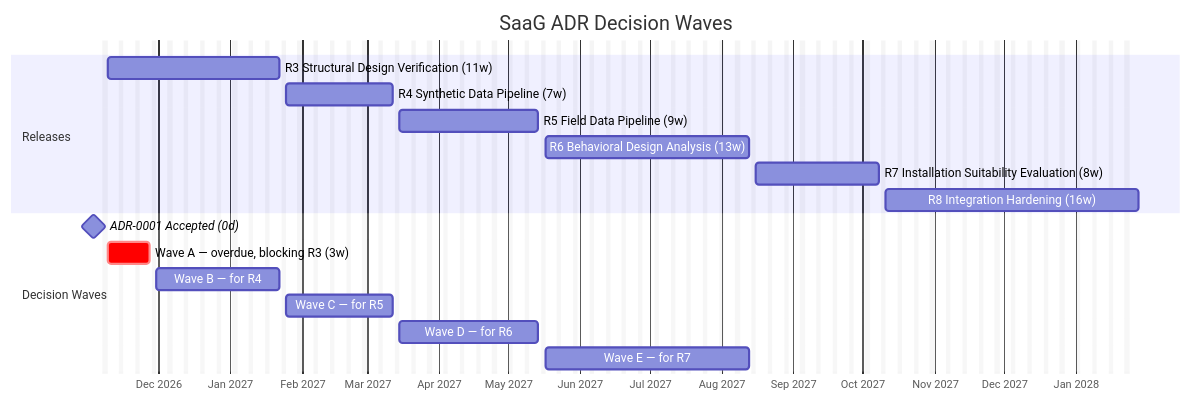
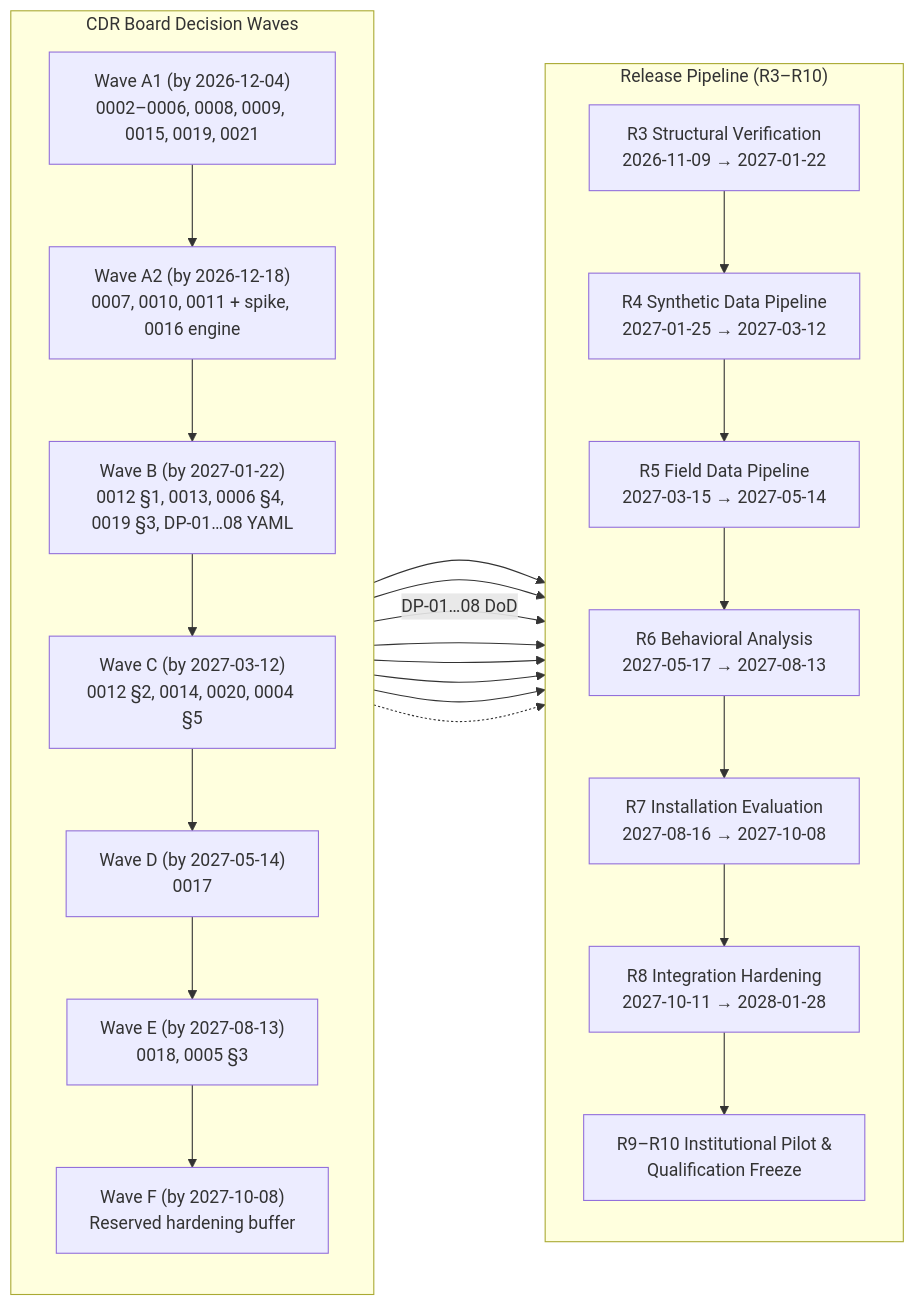
One commit to onuralpyigit/system-as-a-graph changed the diagram in docs/design/ADR-ROADMAP.md. Above: the diagram before and after it, drawn with Mermaid. The commit also changed other lines of this file and 23 other files, not shown here.

````diff
--- a/docs/design/ADR-ROADMAP.md
+++ b/docs/design/ADR-ROADMAP.md
@@ -121,24 +128,35 @@
 ```mermaid
-%%{init: { 'themeVariables': { 'excludeBkgColor': 'rgba(128,128,128,0.08)' } } }%%
-gantt
-    title SaaG ADR Decision Waves
-    dateFormat YYYY-MM-DD
-    axisFormat %b %Y
-    excludes weekends
+flowchart LR
+    subgraph Waves["CDR Board Decision Waves"]
+        direction TB
+        WA1["Wave A1 (by 2026-12-04)<br/>0002–0006, 0008, 0009, 0015, 0019, 0021"]
+        WA2["Wave A2 (by 2026-12-18)<br/>0007, 0010, 0011 + spike, 0016 engine"]
+        WB["Wave B (by 2027-01-22)<br/>0012 §1, 0013, 0006 §4, 0019 §3, DP-01…08 YAML"]
+        WC["Wave C (by 2027-03-12)<br/>0012 §2, 0014, 0020, 0004 §5"]
+        WD["Wave D (by 2027-05-14)<br/>0017"]
+        WE["Wave E (by 2027-08-13)<br/>0018, 0005 §3"]
+        WF["Wave F (by 2027-10-08)<br/>Reserved hardening buffer"]
+        WA1 --> WA2 --> WB --> WC --> WD --> WE --> WF
+    end
 
-    section Releases
-    R3 Structural Design Verification (11w)   :r3, 2026-11-09, 2027-01-22
-    R4 Synthetic Data Pipeline (7w)            :r4, 2027-01-25, 2027-03-12
-    R5 Field Data Pipeline (9w)                :r5, 2027-03-15, 2027-05-14
-    R6 Behavioral Design Analysis (13w)        :r6, 2027-05-17, 2027-08-13
-    R7 Installation Suitability Evaluation (8w) :r7, 2027-08-16, 2027-10-08
-    R8 Integration Hardening (16w)             :r8, 2027-10-11, 2028-01-28
+    subgraph Releases["Release Pipeline (R3–R10)"]
+        direction TB
+        R3["R3 Structural Verification<br/>2026-11-09 → 2027-01-22"]
+        R4["R4 Synthetic Data Pipeline<br/>2027-01-25 → 2027-03-12"]
+        R5["R5 Field Data Pipeline<br/>2027-03-15 → 2027-05-14"]
+        R6["R6 Behavioral Analysis<br/>2027-05-17 → 2027-08-13"]
+        R7["R7 Installation Evaluation<br/>2027-08-16 → 2027-10-08"]
+        R8["R8 Integration Hardening<br/>2027-10-11 → 2028-01-28"]
+        R9["R9–R10 Institutional Pilot &<br/>Qualification Freeze"]
+        R3 --> R4 --> R5 --> R6 --> R7 --> R8 --> R9
+    end
 
-    section Decision Waves
-    ADR-0001 Accepted (0d)                     :milestone, adr1, 2026-11-03, 0d
-    Wave A — overdue, blocking R3 (3w)         :crit, wa, 2026-11-09, 2026-11-27
-    Wave B — for R4                            :wb, 2026-11-30, 2027-01-22
-    Wave C — for R5                            :wc, 2027-01-25, 2027-03-12
-    Wave D — for R6                            :wd, 2027-03-15, 2027-05-14
-    Wave E — for R7                            :we, 2027-05-17, 2027-08-13
+    WA1 --> R3
+    WA2 --> R3
+    WB -->|DP-01…08 DoD| R3
+    WB --> R4
+    WC --> R5
+    WD --> R6
+    WE --> R7
+    WF -.-> R8
 ```
````
